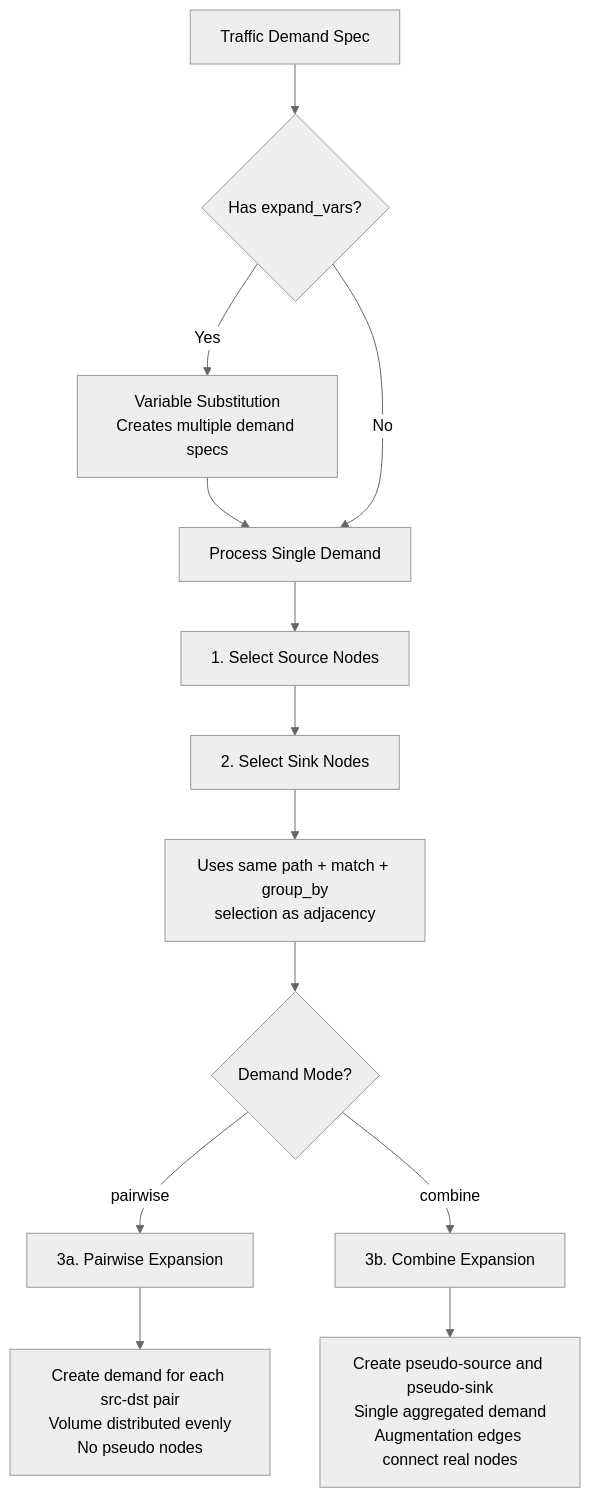
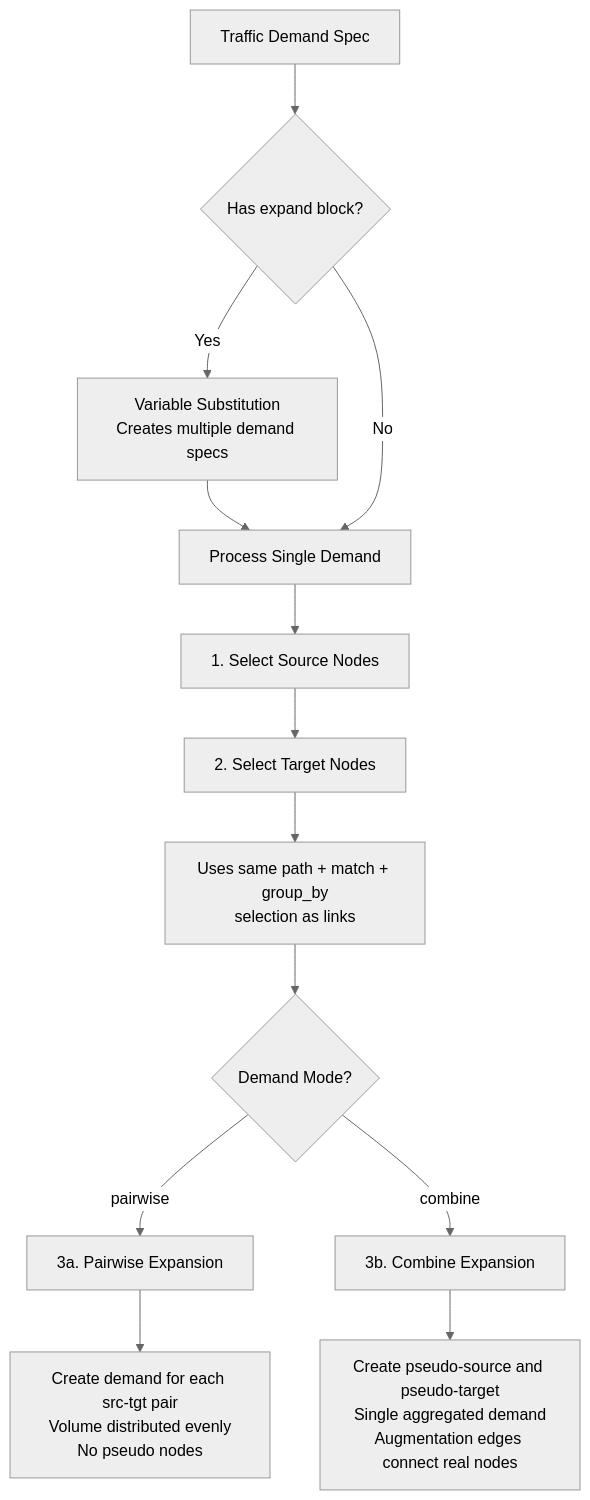
Before and after one commit to networmix/NetGraph: the second of 3 diagrams in docs/reference/dsl.md, drawn with Mermaid (neutral theme). The commit also changed other lines of this file and 124 other files, not shown here.

````diff
--- a/docs/reference/dsl.md
+++ b/docs/reference/dsl.md
@@ -117,15 +117,15 @@
 ```mermaid
 flowchart TD
-    Start[Traffic Demand Spec] --> VarExpand{Has expand_vars?}
+    Start[Traffic Demand Spec] --> VarExpand{Has expand block?}
     VarExpand -->|Yes| VarSubst[Variable Substitution<br/>Creates multiple demand specs]
     VarSubst --> Process
     VarExpand -->|No| Process[Process Single Demand]
     Process --> SrcSelect[1. Select Source Nodes]
-    SrcSelect --> SinkSelect[2. Select Sink Nodes]
-    SinkSelect --> SrcDesc[Uses same path + match + group_by<br/>selection as adjacency]
+    SrcSelect --> TgtSelect[2. Select Target Nodes]
+    TgtSelect --> SrcDesc[Uses same path + match + group_by<br/>selection as links]
     SrcDesc --> Mode{Demand Mode?}
     Mode -->|pairwise| Pairwise[3a. Pairwise Expansion]
     Mode -->|combine| Combine[3b. Combine Expansion]
-    Pairwise --> PairDesc[Create demand for each src-dst pair<br/>Volume distributed evenly<br/>No pseudo nodes]
-    Combine --> CombDesc[Create pseudo-source and pseudo-sink<br/>Single aggregated demand<br/>Augmentation edges connect real nodes]
+    Pairwise --> PairDesc[Create demand for each src-tgt pair<br/>Volume distributed evenly<br/>No pseudo nodes]
+    Combine --> CombDesc[Create pseudo-source and pseudo-target<br/>Single aggregated demand<br/>Augmentation edges connect real nodes]
 ```
````
